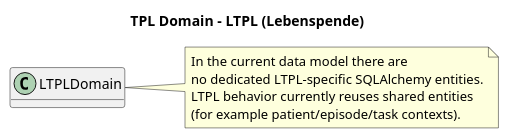
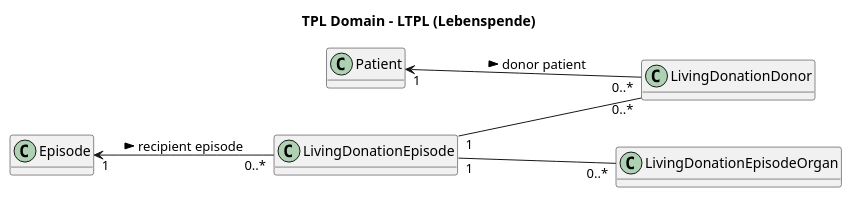
The diagram in spec/domain/LTPL-domain.puml (x-squared/TPLK-App), drawn with PlantUML before and after one commit. The commit also changed 39 other files, not shown here.

```diff
--- a/spec/domain/LTPL-domain.puml
+++ b/spec/domain/LTPL-domain.puml
@@ -1,19 +1,21 @@
 @startuml
 title TPL Domain - LTPL (Lebenspende)
 
 hide methods
 hide stereotypes
 skinparam shadowing false
 skinparam classAttributeIconSize 0
 left to right direction
 
-class LTPLDomain
+class LivingDonationEpisode
+class LivingDonationEpisodeOrgan
+class LivingDonationDonor
+class Episode
+class Patient
 
-note right of LTPLDomain
-In the current data model there are
-no dedicated LTPL-specific SQLAlchemy entities.
-LTPL behavior currently reuses shared entities
-(for example patient/episode/task contexts).
-end note
+LivingDonationEpisode "1" -- "0..*" LivingDonationEpisodeOrgan
+LivingDonationEpisode "1" -- "0..*" LivingDonationDonor
+Episode "1" <-- "0..*" LivingDonationEpisode : recipient episode >
+Patient "1" <-- "0..*" LivingDonationDonor : donor patient >
 
 @enduml
```
